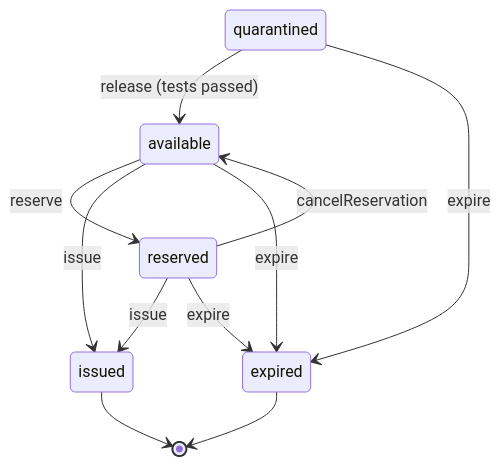
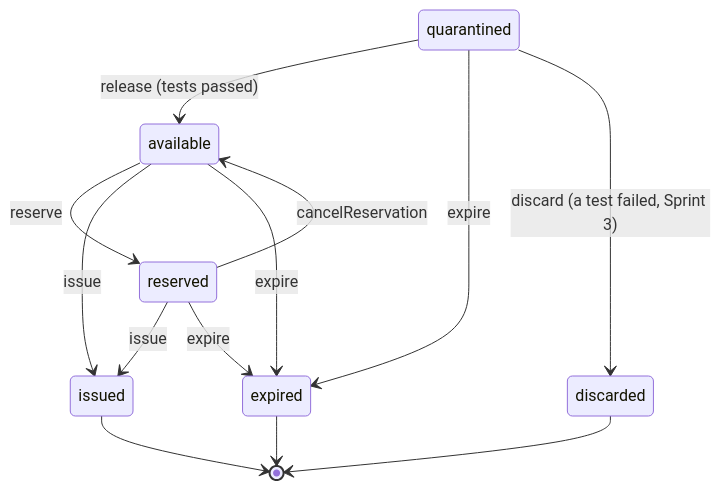
Before and after one commit to harishassan-code/hospital-care: the second of 5 diagrams in docs/architecture/resources.md, drawn with Mermaid. The commit also changed other lines of this file and 4 other files, not shown here.

First line of the commit message:
docs: MVP schema, planned lifecycles and remaining journeys (#3, #4)

````diff
--- a/docs/architecture/resources.md
+++ b/docs/architecture/resources.md
@@ -55,13 +55,15 @@
 ```mermaid
 stateDiagram-v2
     quarantined --> available: release (tests passed)
     available --> reserved: reserve
     reserved --> available: cancelReservation
     available --> issued: issue
     reserved --> issued: issue
     quarantined --> expired: expire
     available --> expired: expire
     reserved --> expired: expire
+    quarantined --> discarded: discard (a test failed, Sprint 3)
     issued --> [*]
     expired --> [*]
+    discarded --> [*]
 ```
````
